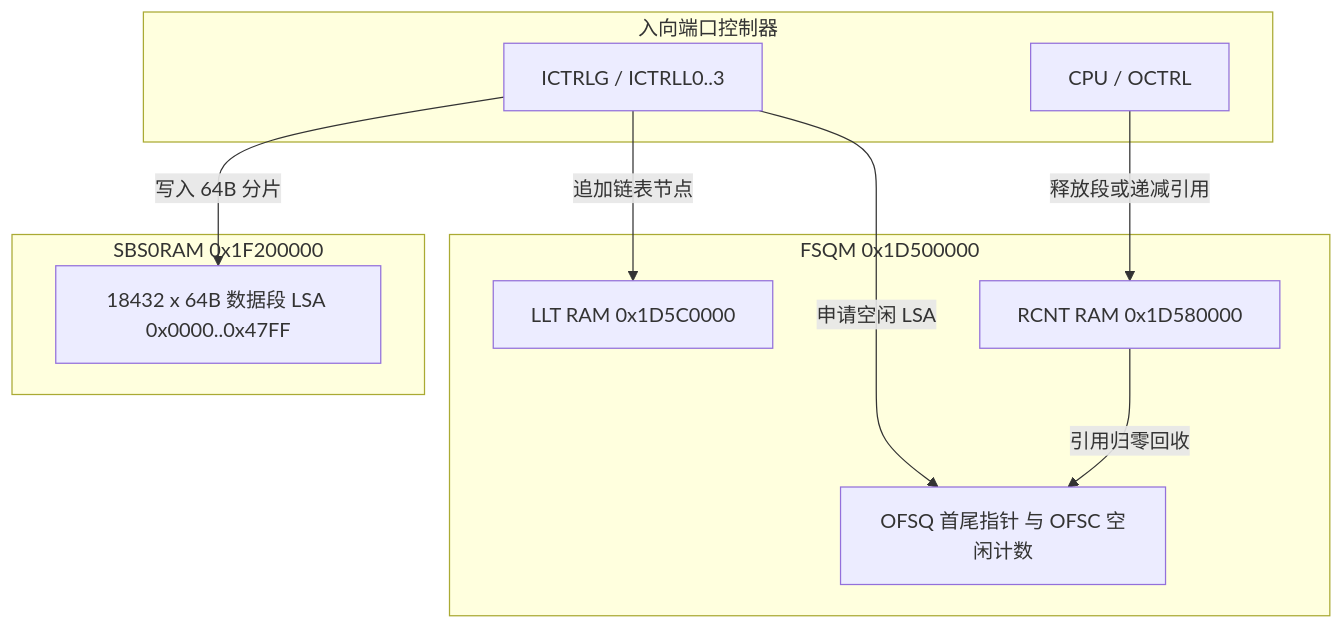
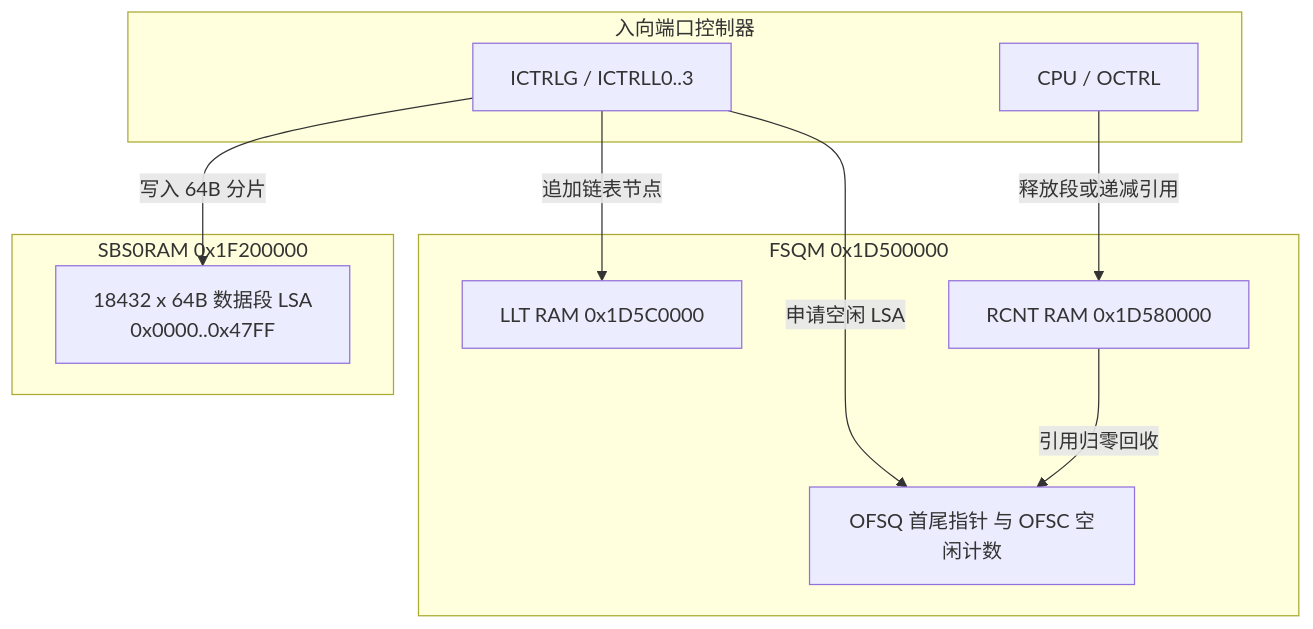
The diagram in 06_functional_blocks/02_fsqm_and_llt.md (difanz/lantiq-falcon-s-docs), drawn with Mermaid before and after one commit. The commit also changed 33 other files, not shown here.

Commit message:
Improve diagram readability and adopt the Material theme

````diff
--- a/06_functional_blocks/02_fsqm_and_llt.md
+++ b/06_functional_blocks/02_fsqm_and_llt.md
@@ -20,23 +20,23 @@
 ```mermaid
 flowchart TD
     subgraph Ingress["入向端口控制器"]
         ICTRL["ICTRLG / ICTRLL0..3"]
         CPUI["CPU / OCTRL"]
     end
 
     subgraph FSQM_Block["FSQM 0x1D500000"]
         OFSC["OFSQ 首尾指针 与 OFSC 空闲计数"]
         LLT["LLT RAM 0x1D5C0000"]
         RCNT["RCNT RAM 0x1D580000"]
     end
 
     subgraph SSB0_Block["SBS0RAM 0x1F200000"]
-        SEG["18432 x 64B 数据段 LSA 0x0000..0x47FF"]
+        SEG["18432 x 64B 数据段 LSA<br/>0x0000..0x47FF"]
     end
 
     ICTRL -->|申请空闲 LSA| OFSC
     ICTRL -->|写入 64B 分片| SEG
     ICTRL -->|追加链表节点| LLT
     CPUI -->|释放段或递减引用| RCNT
     RCNT -->|引用归零回收| OFSC
 ```
````
